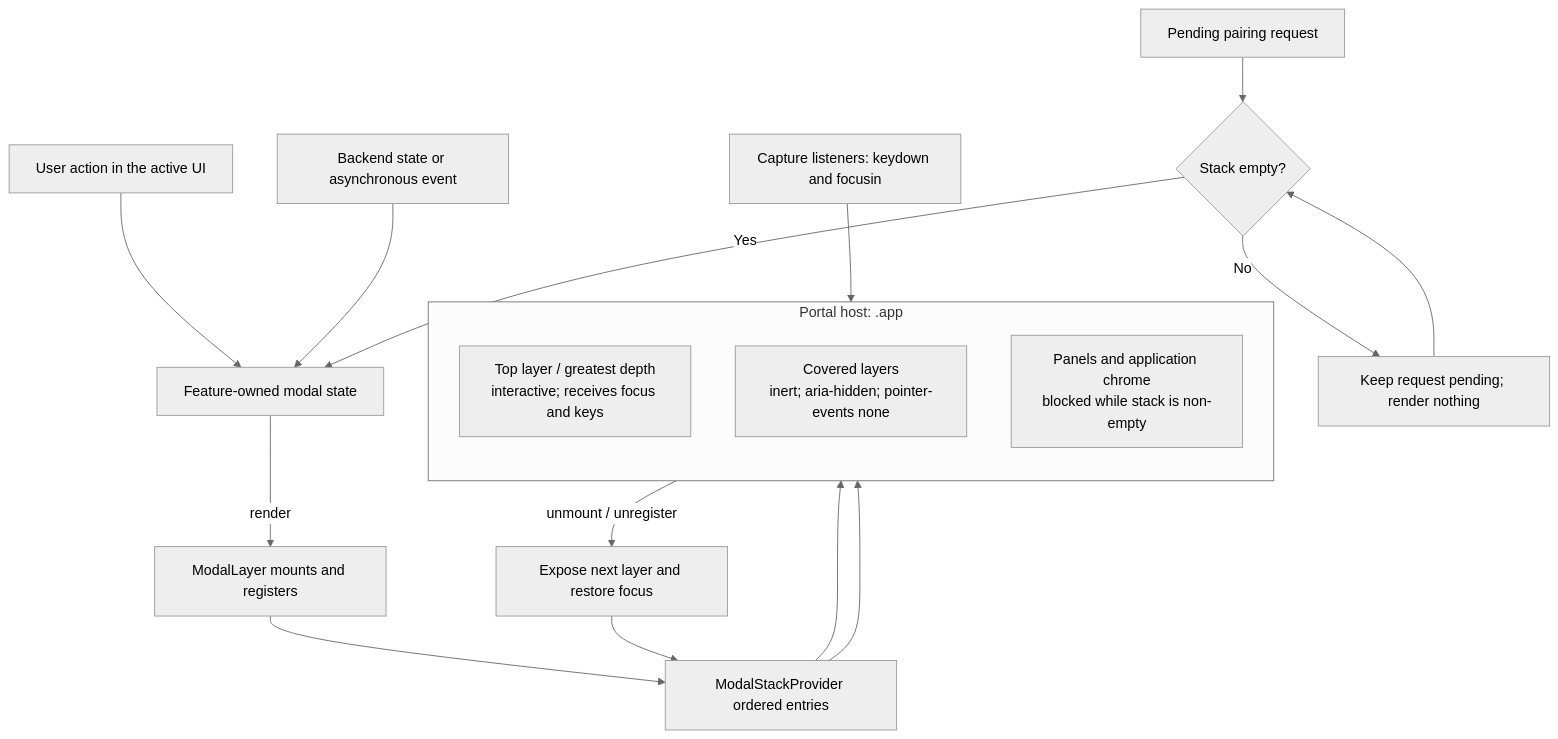
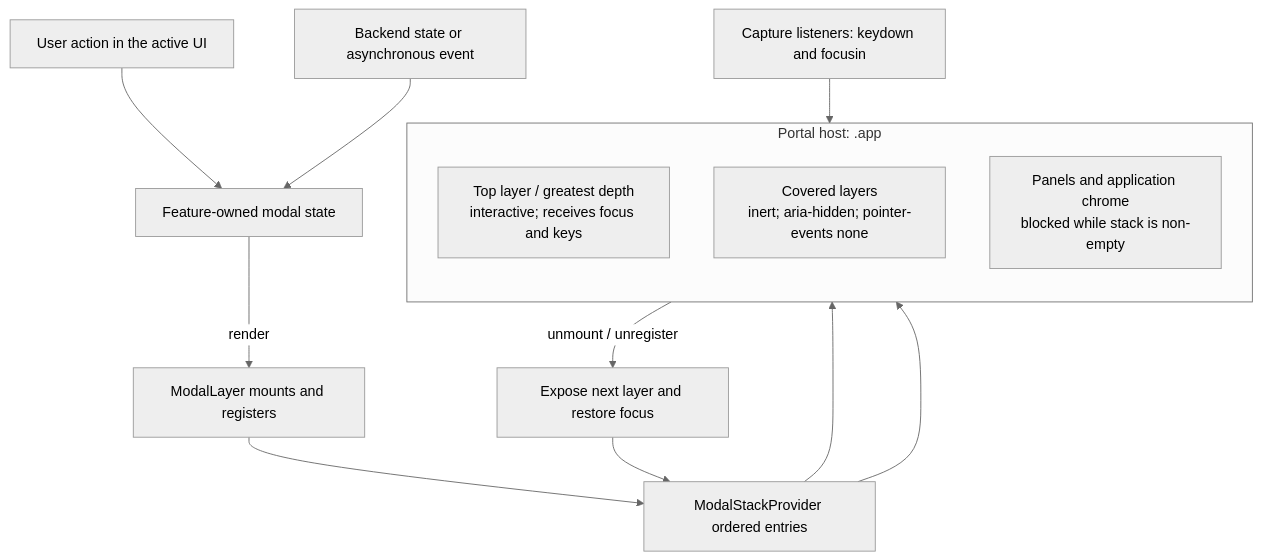
Before and after one commit to ktxed/fbro: the diagram in spex/modal-stack.md, drawn with Mermaid (neutral theme). The commit also changed other lines of this file and 12 other files, not shown here.

````diff
--- a/spex/modal-stack.md
+++ b/spex/modal-stack.md
@@ -28,25 +28,20 @@
 ```mermaid
 flowchart TB
     User[User action in the active UI] --> Owner[Feature-owned modal state]
     Backend[Backend state or asynchronous event] --> Owner
-    Pairing[Pending pairing request] --> Gate{Stack empty?}
-    Gate -- No --> Queue[Keep request pending; render nothing]
-    Queue --> Gate
-    Gate -- Yes --> Owner
-
     Owner -->|render| Layer[ModalLayer mounts and registers]
     Layer --> Stack[ModalStackProvider ordered entries]
 
     subgraph Portal[Portal host: .app]
         direction TB
         Top[Top layer / greatest depth<br/>interactive; receives focus and keys]
         Covered[Covered layers<br/>inert; aria-hidden; pointer-events none]
         Application[Panels and application chrome<br/>blocked while stack is non-empty]
     end
 
     Stack --> Top
     Stack --> Covered
     Keyboard[Capture listeners: keydown and focusin] --> Top
     Top -->|unmount / unregister| Restore[Expose next layer and restore focus]
     Restore --> Stack
 ```
````
